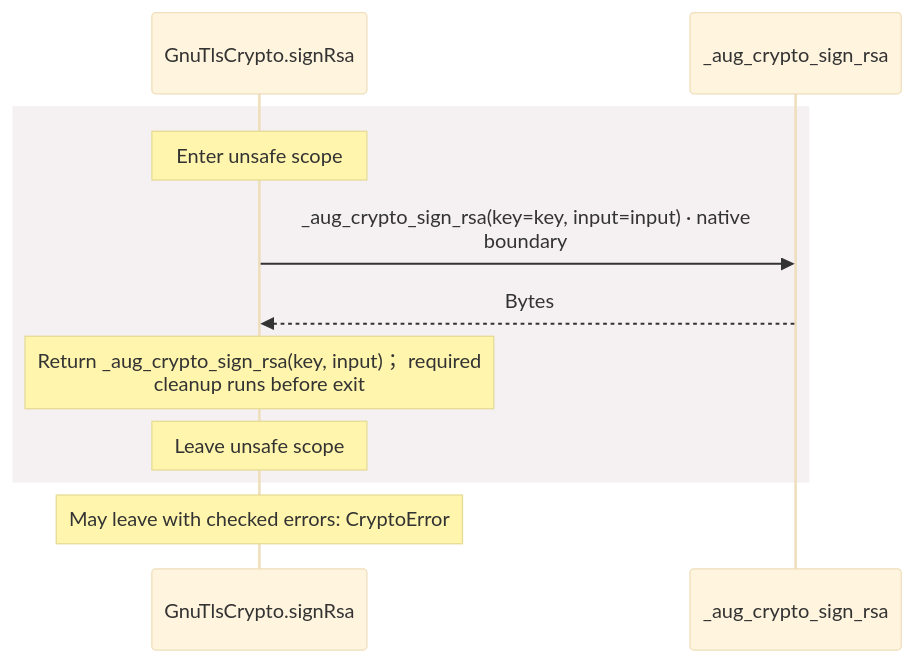
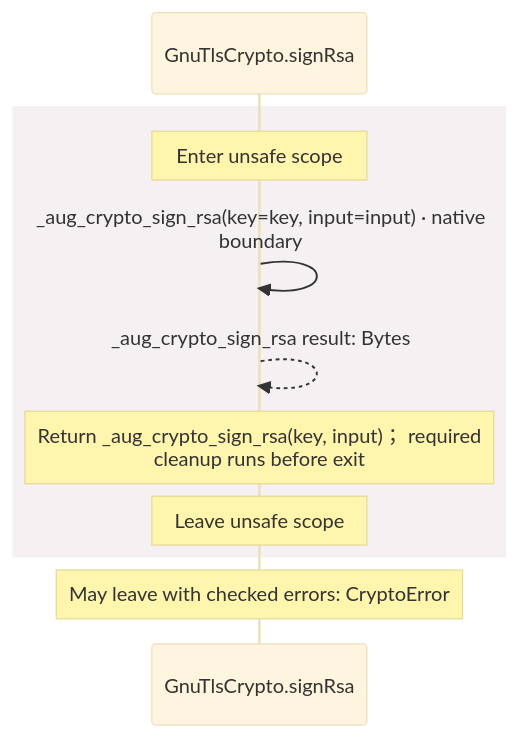
Before and after one commit to GreenPandaStudios/augscript: the seventh of 13 diagrams in docs/examples/oidc-login/dependencies/packages/@git/url_9ef654c66d34ab8f5527/0.0.0-git.b14a0f9aa41f1ce58bd51133bcdc424033e40d40/contracts-diagrams.md, drawn with Mermaid (base theme). The commit also changed other lines of this file and 304 other files, not shown here.

Commit message:
Make generated data-flow sequences concise and review every diagram

````diff
--- a/docs/examples/oidc-login/dependencies/packages/@git/url_9ef654c66d34ab8f5527/0.0.0-git.b14a0f9aa41f1ce58bd51133bcdc424033e40d40/contracts-diagrams.md
+++ b/docs/examples/oidc-login/dependencies/packages/@git/url_9ef654c66d34ab8f5527/0.0.0-git.b14a0f9aa41f1ce58bd51133bcdc424033e40d40/contracts-diagrams.md
@@ -371,13 +334,13 @@
 ```mermaid
 sequenceDiagram
     participant p0 as GnuTlsCrypto.signRsa
-    participant p1 as _aug_crypto_sign_rsa
+
     rect rgb(245, 240, 241)
     Note over p0: Enter unsafe scope
-    p0->>p1: _aug_crypto_sign_rsa(key=key, input=input) · native<br/>boundary
-    p1-->>p0: Bytes
+    p0->>p0: _aug_crypto_sign_rsa(key=key, input=input) · native<br/>boundary
+    p0-->>p0: _aug_crypto_sign_rsa result: Bytes
     Note over p0: Return _aug_crypto_sign_rsa(key, input)； required<br/>cleanup runs before exit
     Note over p0: Leave unsafe scope
     end
     Note over p0: May leave with checked errors: CryptoError
 ```
````
